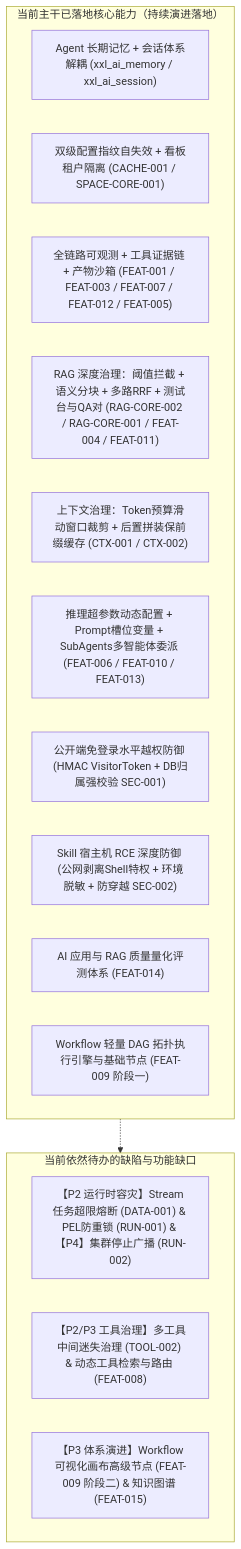
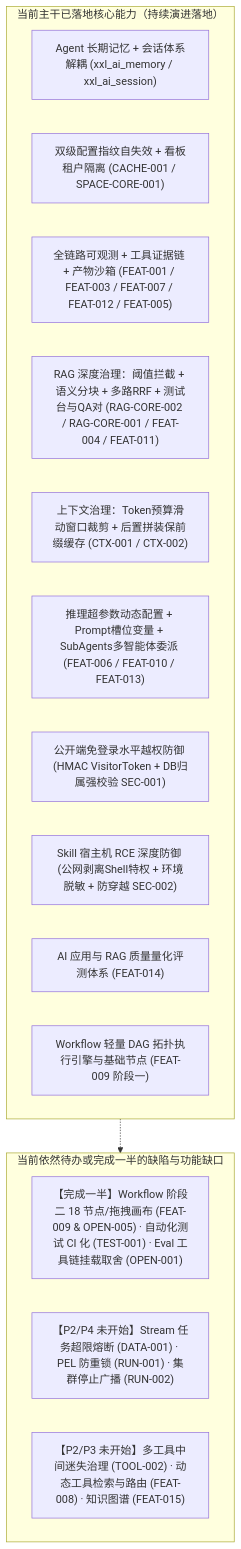
The first of 2 diagrams in docs/XXL-AI-核心缺陷与功能演进优先级总表-v1.0.md (Qinstudy/xxl-ai), drawn with Mermaid before and after one commit. The commit also changed other lines of this file, not shown here.

````diff
--- a/docs/XXL-AI-核心缺陷与功能演进优先级总表-v1.0.md
+++ b/docs/XXL-AI-核心缺陷与功能演进优先级总表-v1.0.md
@@ -34,23 +34,23 @@
 ```mermaid
 flowchart TD
     subgraph Done["当前主干已落地核心能力（持续演进落地）"]
         D1["Agent 长期记忆 + 会话体系解耦 (xxl_ai_memory / xxl_ai_session)"]
         D2["双级配置指纹自失效 + 看板租户隔离 (CACHE-001 / SPACE-CORE-001)"]
         D3["全链路可观测 + 工具证据链 + 产物沙箱 (FEAT-001 / FEAT-003 / FEAT-007 / FEAT-012 / FEAT-005)"]
         D4["RAG 深度治理：阈值拦截 + 语义分块 + 多路RRF + 测试台与QA对 (RAG-CORE-002 / RAG-CORE-001 / FEAT-004 / FEAT-011)"]
         D5["上下文治理：Token预算滑动窗口裁剪 + 后置拼装保前缀缓存 (CTX-001 / CTX-002)"]
         D6["推理超参数动态配置 + Prompt槽位变量 + SubAgents多智能体委派 (FEAT-006 / FEAT-010 / FEAT-013)"]
         D7["公开端免登录水平越权防御 (HMAC VisitorToken + DB归属强校验 SEC-001)"]
         D8["Skill 宿主机 RCE 深度防御 (公网剥离Shell特权 + 环境脱敏 + 防穿越 SEC-002)"]
         D9["AI 应用与 RAG 质量量化评测体系 (FEAT-014)"]
         D10["Workflow 轻量 DAG 拓扑执行引擎与基础节点 (FEAT-009 阶段一)"]
     end
 
-    subgraph StillGaps["当前依然待办的缺陷与功能缺口"]
-        G1["【P2 运行时容灾】Stream任务超限熔断 (DATA-001) & PEL防重锁 (RUN-001) & 【P4】集群停止广播 (RUN-002)"]
-        G2["【P2/P3 工具治理】多工具中间迷失治理 (TOOL-002) & 动态工具检索与路由 (FEAT-008)"]
-        G3["【P3 体系演进】Workflow可视化画布高级节点 (FEAT-009 阶段二) & 知识图谱 (FEAT-015)"]
+    subgraph StillGaps["当前依然待办或完成一半的缺陷与功能缺口"]
+        G1["【完成一半】Workflow 阶段二 18 节点/拖拽画布 (FEAT-009 & OPEN-005) · 自动化测试 CI 化 (TEST-001) · Eval 工具链挂载取舍 (OPEN-001)"]
+        G2["【P2/P4 未开始】Stream 任务超限熔断 (DATA-001) · PEL 防重锁 (RUN-001) · 集群停止广播 (RUN-002)"]
+        G3["【P2/P3 未开始】多工具中间迷失治理 (TOOL-002) · 动态工具检索与路由 (FEAT-008) · 知识图谱 (FEAT-015)"]
     end
 
     Done -.-> StillGaps
 ```
````
